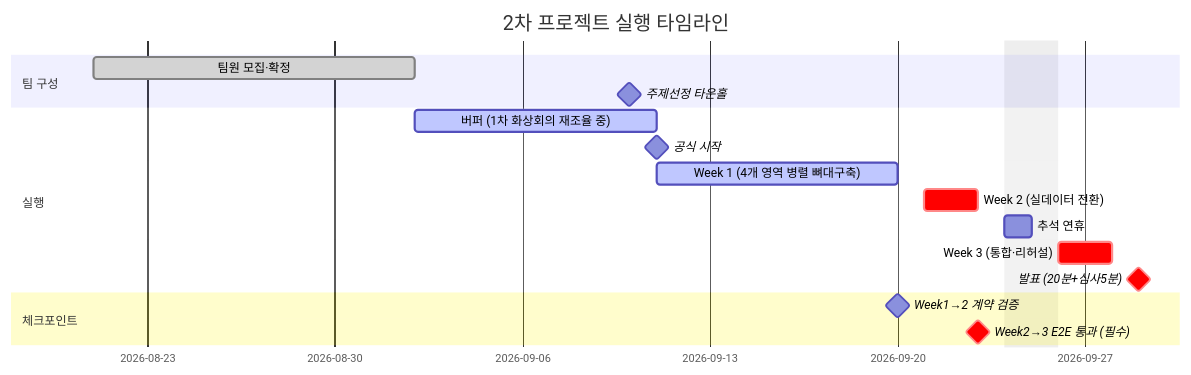
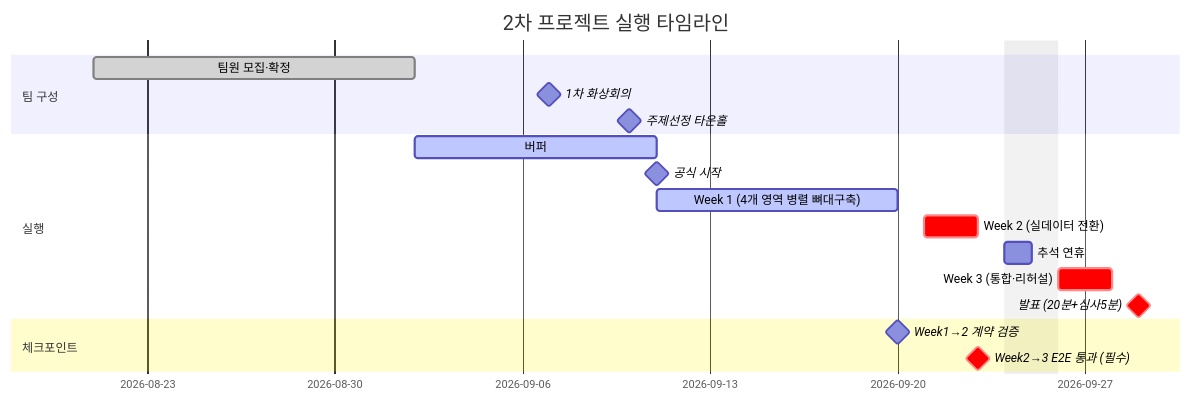
The diagram in 00.WBS/04. Week 0-3 실행 계획 & 동기화 체크포인트.md (nklee-git/MS_2nd_Project_Team), drawn with Mermaid before and after one commit. The commit also changed other lines of this file and 34 other files, not shown here.

````diff
--- a/00.WBS/04. Week 0-3 실행 계획 & 동기화 체크포인트.md
+++ b/00.WBS/04. Week 0-3 실행 계획 & 동기화 체크포인트.md
@@ -43,24 +43,25 @@
 ```mermaid
 gantt
     title 2차 프로젝트 실행 타임라인
     dateFormat  YYYY-MM-DD
     excludes    2026-09-24,2026-09-25
     todayMarker stroke-width:2px,stroke:#b4690a,opacity:0.7
 
     section 팀 구성
     팀원 모집·확정         :done, recruit, 2026-08-21, 2026-09-02
+    1차 화상회의            :milestone, kickoffcall, 2026-09-07, 0d
     주제선정 타운홀         :milestone, townhall1, 2026-09-10, 0d
 
     section 실행
-    버퍼 (1차 화상회의 재조율 중) :active, buffer, 2026-09-02, 2026-09-11
+    버퍼                    :active, buffer, 2026-09-02, 2026-09-11
     공식 시작               :milestone, start, 2026-09-11, 0d
     Week 1 (4개 영역 병렬 뼈대구축) :active, w1, 2026-09-11, 2026-09-20
     Week 2 (실데이터 전환)   :crit, w2, 2026-09-21, 2026-09-23
     추석 연휴                :vacation1, 2026-09-24, 2026-09-25
     Week 3 (통합·리허설)    :crit, w3, 2026-09-26, 2026-09-28
     발표 (20분+심사5분)     :crit, milestone, present, 2026-09-29, 0d
 
     section 체크포인트
     Week1→2 계약 검증        :milestone, cp1, 2026-09-20, 0d
     Week2→3 E2E 통과 (필수)  :crit, milestone, cp2, 2026-09-23, 0d
 ```
````
